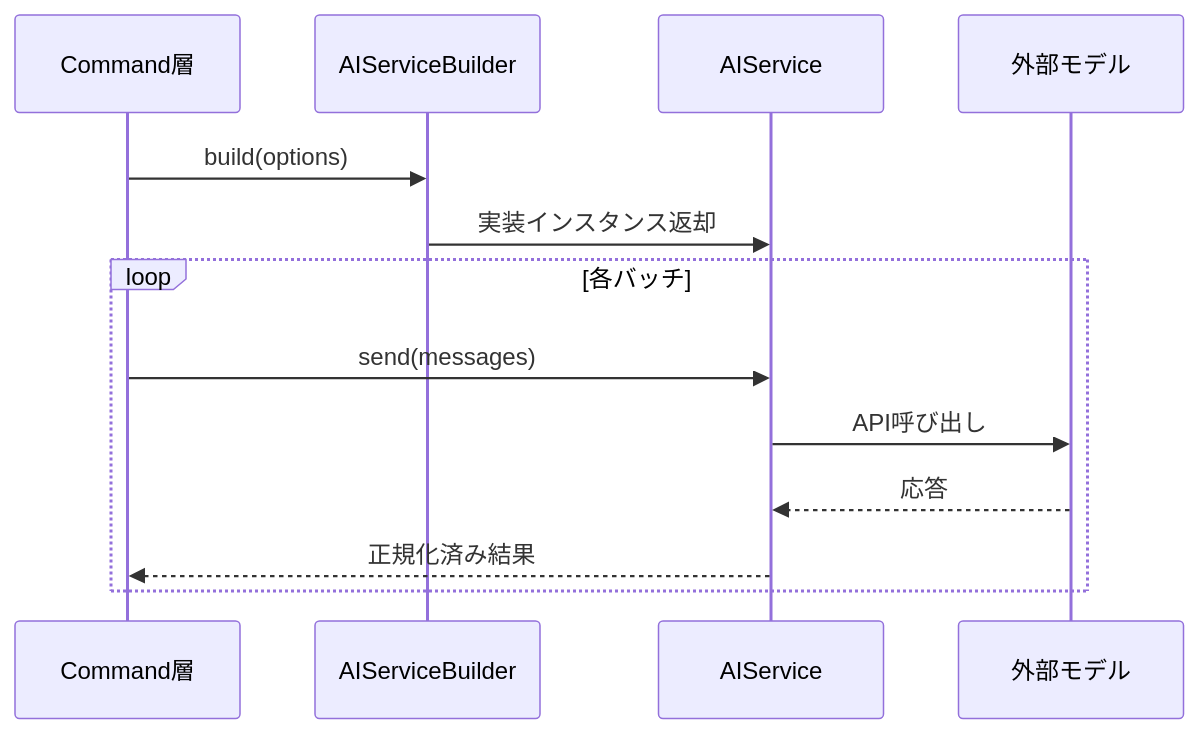
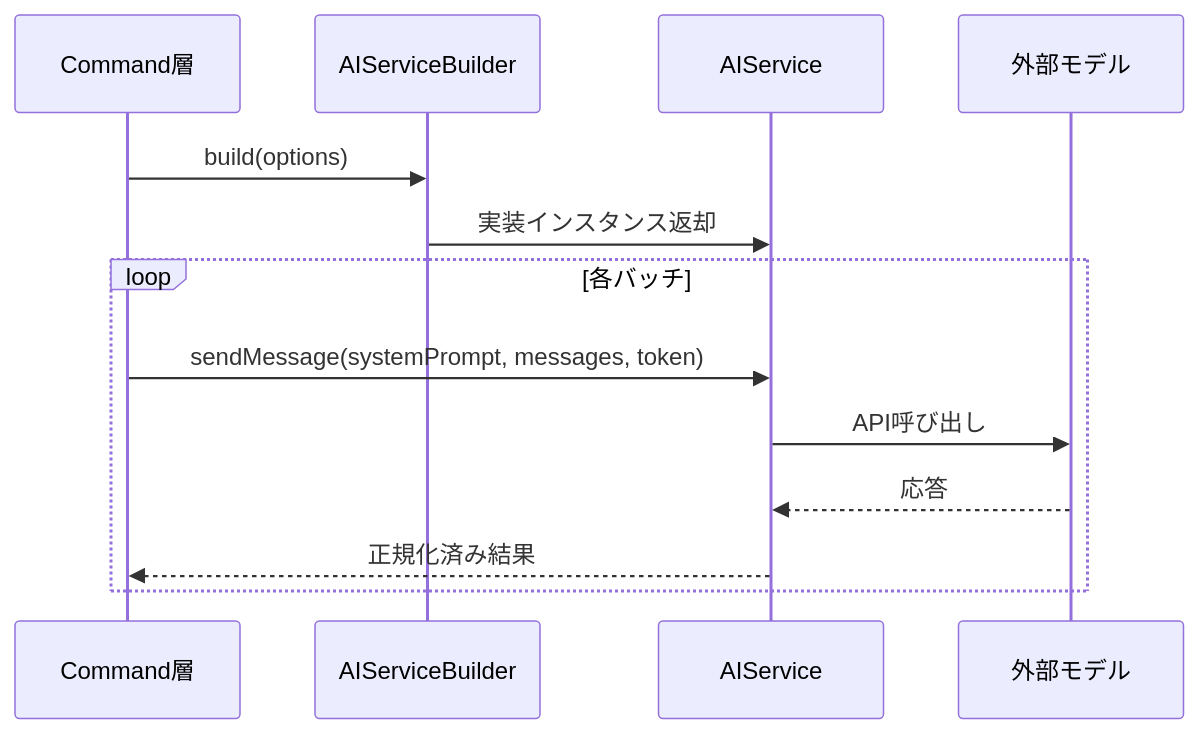
Before and after one commit to mochimochiki/mdait: the diagram in docs/api.md, drawn with Mermaid. The commit also changed other lines of this file and 15 other files, not shown here.

Commit message:
docs/architecture.md新設、全設計書の内容改善・編集

````diff
--- a/docs/api.md
+++ b/docs/api.md
@@ -71,16 +130,16 @@
 ```mermaid
 sequenceDiagram
 	participant Cmd as Command層
 	participant Builder as AIServiceBuilder
 	participant Service as AIService
 	participant Provider as 外部モデル
 
 	Cmd->>Builder: build(options)
 	Builder->>Service: 実装インスタンス返却
 	loop 各バッチ
-		Cmd->>Service: send(messages)
+		Cmd->>Service: sendMessage(systemPrompt, messages, token)
 		Service->>Provider: API呼び出し
 		Provider-->>Service: 応答
 		Service-->>Cmd: 正規化済み結果
 	end
 ```
````
